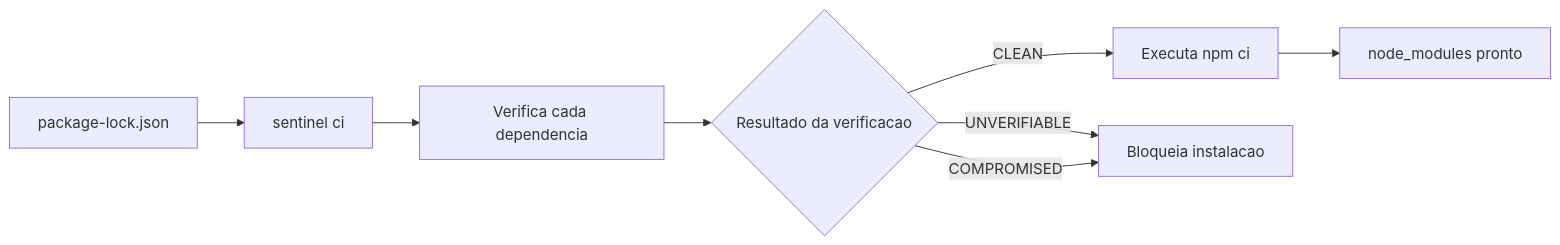
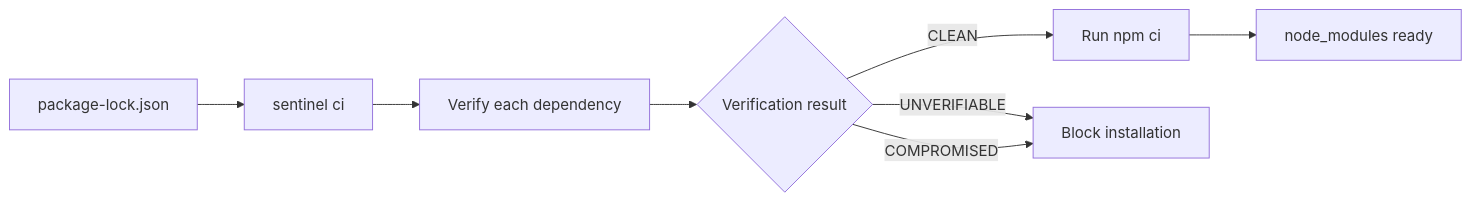
Before and after one commit to SIG-sentinel/sentinel-npm: the diagram in README.md, drawn with Mermaid. The commit also changed other lines of this file, not shown here.

````diff
--- a/README.md
+++ b/README.md
@@ -48,10 +48,10 @@
 ```mermaid
 flowchart LR
     A[package-lock.json] --> B[sentinel ci]
-    B --> C[Verifica cada dependencia]
-    C --> D{Resultado da verificacao}
-    D -- CLEAN --> E[Executa npm ci]
-    D -- UNVERIFIABLE --> F[Bloqueia instalacao]
+    B --> C[Verify each dependency]
+    C --> D{Verification result}
+    D -- CLEAN --> E[Run npm ci]
+    D -- UNVERIFIABLE --> F[Block installation]
     D -- COMPROMISED --> F
-    E --> G[node_modules pronto]
+    E --> G[node_modules ready]
 ```
````
